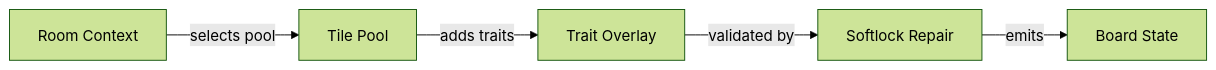
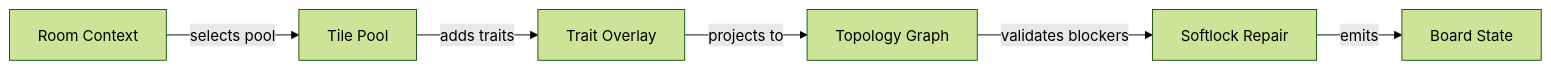
The fourth of 11 diagrams in docs/system-diagrams/README.md (BorisThoris/memory-dungeon), drawn with Mermaid (forest theme) before and after one commit. The commit also changed other lines of this file and 72 other files, not shown here.

Commit message:
Harden dungeon topology and key softlock gates

````diff
--- a/docs/system-diagrams/README.md
+++ b/docs/system-diagrams/README.md
@@ -169,12 +169,14 @@
 ```mermaid
 flowchart LR
     room_context["Room Context"]
     tile_pool["Tile Pool"]
     trait_overlay["Trait Overlay"]
+    topology_graph["Topology Graph"]
     softlock_repair["Softlock Repair"]
     board_state["Board State"]
     room_context -->|"selects pool"| tile_pool
     tile_pool -->|"adds traits"| trait_overlay
-    trait_overlay -->|"validated by"| softlock_repair
+    trait_overlay -->|"projects to"| topology_graph
+    topology_graph -->|"validates blockers"| softlock_repair
     softlock_repair -->|"emits"| board_state
 ```
````
